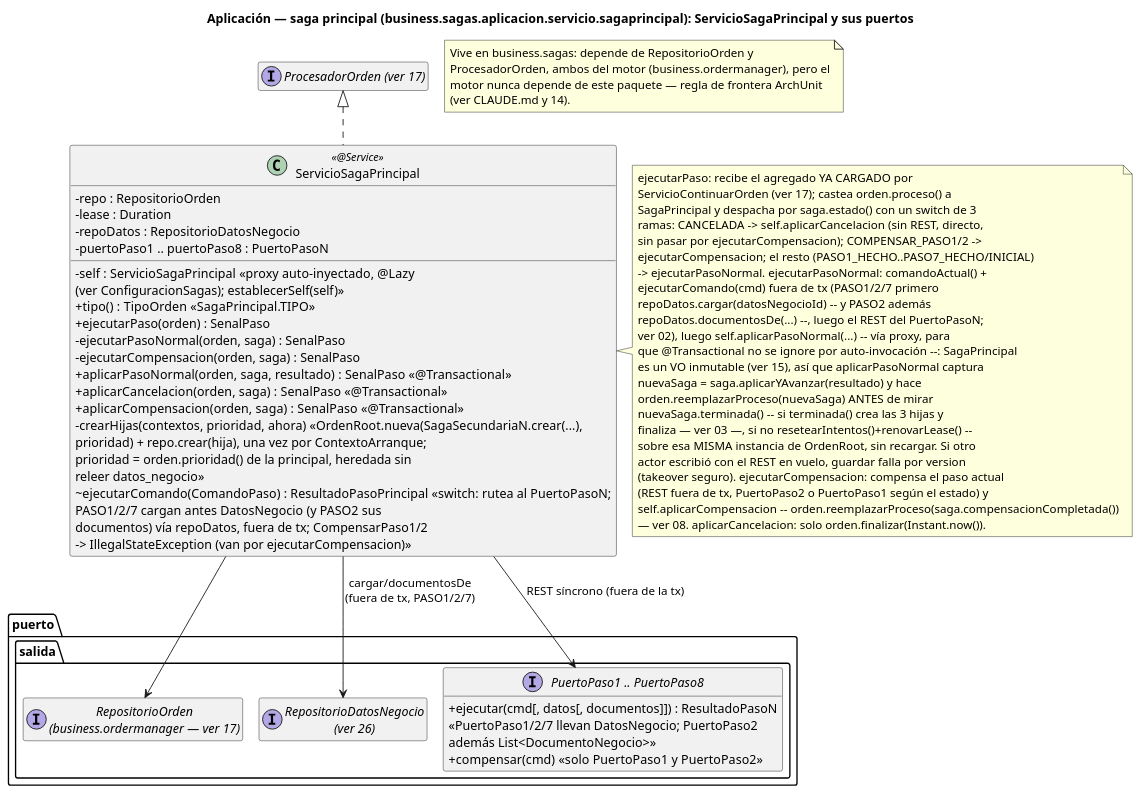
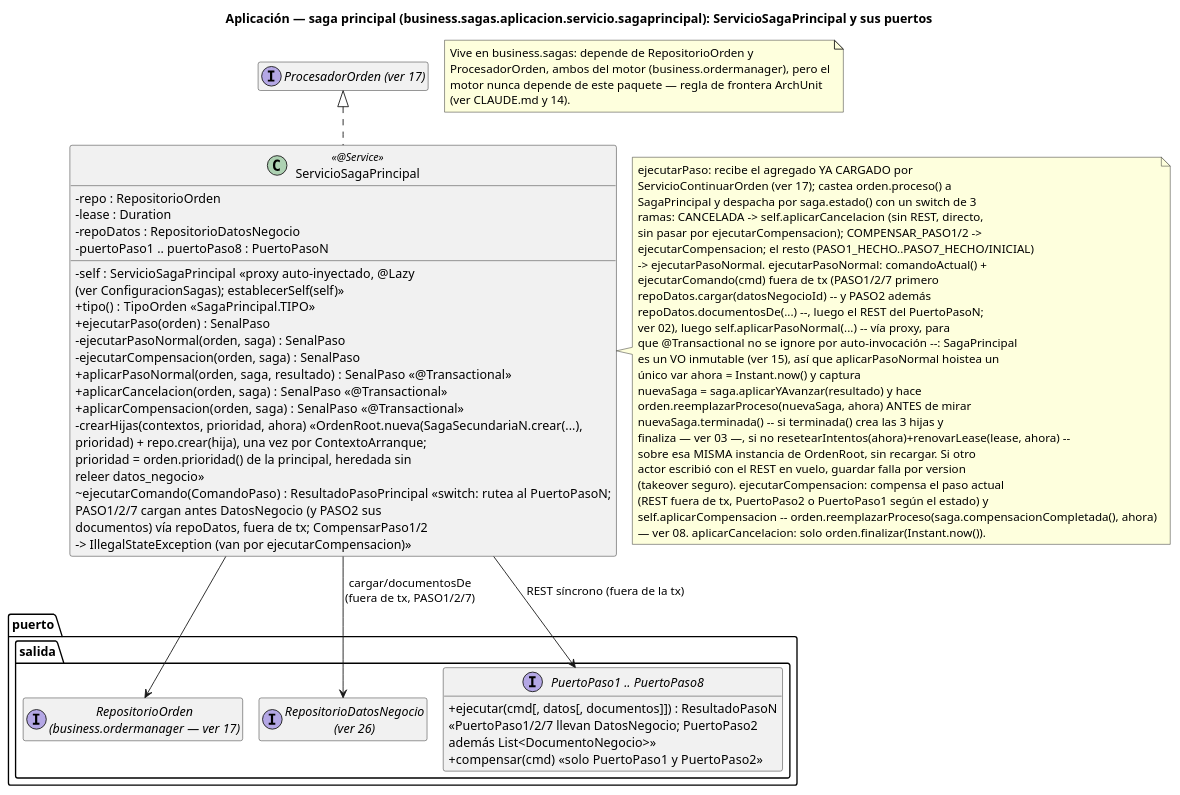
The diagram in order-manager/docs/18-clases-aplicacion-saga-principal.puml (ralcazar/patrones), drawn with PlantUML before and after one commit. The commit also changed 56 other files, not shown here.

```diff
--- a/order-manager/docs/18-clases-aplicacion-saga-principal.puml
+++ b/order-manager/docs/18-clases-aplicacion-saga-principal.puml
@@ -1,71 +1,72 @@
 @startuml 18-clases-aplicacion-saga-principal
 title Aplicación — saga principal (business.sagas.aplicacion.servicio.sagaprincipal): ServicioSagaPrincipal y sus puertos
 !pragma layout smetana
 hide empty members
 skinparam classAttributeIconSize 0
 
 interface "ProcesadorOrden (ver 17)" as Base
 
 class ServicioSagaPrincipal <<@Service>> {
   -repo : RepositorioOrden
   -lease : Duration
   -repoDatos : RepositorioDatosNegocio
   -puertoPaso1 .. puertoPaso8 : PuertoPasoN
   -self : ServicioSagaPrincipal  «proxy auto-inyectado, @Lazy\n(ver ConfiguracionSagas); establecerSelf(self)»
   +tipo() : TipoOrden  «SagaPrincipal.TIPO»
   +ejecutarPaso(orden) : SenalPaso
   -ejecutarPasoNormal(orden, saga) : SenalPaso
   -ejecutarCompensacion(orden, saga) : SenalPaso
   +aplicarPasoNormal(orden, saga, resultado) : SenalPaso  «@Transactional»
   +aplicarCancelacion(orden, saga) : SenalPaso  «@Transactional»
   +aplicarCompensacion(orden, saga) : SenalPaso  «@Transactional»
   -crearHijas(contextos, prioridad, ahora)  «OrdenRoot.nueva(SagaSecundariaN.crear(...),\nprioridad) + repo.crear(hija), una vez por ContextoArranque;\nprioridad = orden.prioridad() de la principal, heredada sin\nreleer datos_negocio»
   ~ejecutarComando(ComandoPaso) : ResultadoPasoPrincipal  «switch: rutea al PuertoPasoN;\nPASO1/2/7 cargan antes DatosNegocio (y PASO2 sus\ndocumentos) vía repoDatos, fuera de tx; CompensarPaso1/2\n-> IllegalStateException (van por ejecutarCompensacion)»
 }
 note right of ServicioSagaPrincipal
   ejecutarPaso: recibe el agregado YA CARGADO por
   ServicioContinuarOrden (ver 17); castea orden.proceso() a
   SagaPrincipal y despacha por saga.estado() con un switch de 3
   ramas: CANCELADA -> self.aplicarCancelacion (sin REST, directo,
   sin pasar por ejecutarCompensacion); COMPENSAR_PASO1/2 ->
   ejecutarCompensacion; el resto (PASO1_HECHO..PASO7_HECHO/INICIAL)
   -> ejecutarPasoNormal. ejecutarPasoNormal: comandoActual() +
   ejecutarComando(cmd) fuera de tx (PASO1/2/7 primero
   repoDatos.cargar(datosNegocioId) -- y PASO2 además
   repoDatos.documentosDe(...) --, luego el REST del PuertoPasoN;
   ver 02), luego self.aplicarPasoNormal(...) -- vía proxy, para
   que @Transactional no se ignore por auto-invocación --: SagaPrincipal
-  es un VO inmutable (ver 15), así que aplicarPasoNormal captura
+  es un VO inmutable (ver 15), así que aplicarPasoNormal hoistea un
+  único var ahora = Instant.now() y captura
   nuevaSaga = saga.aplicarYAvanzar(resultado) y hace
-  orden.reemplazarProceso(nuevaSaga) ANTES de mirar
+  orden.reemplazarProceso(nuevaSaga, ahora) ANTES de mirar
   nuevaSaga.terminada() -- si terminada() crea las 3 hijas y
-  finaliza — ver 03 —, si no resetearIntentos()+renovarLease() --
+  finaliza — ver 03 —, si no resetearIntentos(ahora)+renovarLease(lease, ahora) --
   sobre esa MISMA instancia de OrdenRoot, sin recargar. Si otro
   actor escribió con el REST en vuelo, guardar falla por version
   (takeover seguro). ejecutarCompensacion: compensa el paso actual
   (REST fuera de tx, PuertoPaso2 o PuertoPaso1 según el estado) y
-  self.aplicarCompensacion -- orden.reemplazarProceso(saga.compensacionCompletada())
+  self.aplicarCompensacion -- orden.reemplazarProceso(saga.compensacionCompletada(), ahora)
   — ver 08. aplicarCancelacion: solo orden.finalizar(Instant.now()).
 end note
 
 package "puerto.salida" {
   interface "RepositorioOrden\n(business.ordermanager — ver 17)" as RepositorioOrden
   interface "RepositorioDatosNegocio\n(ver 26)" as RepositorioDatosNegocio
   interface "PuertoPaso1 .. PuertoPaso8" as PuertosPaso {
     +ejecutar(cmd[, datos[, documentos]]) : ResultadoPasoN\n«PuertoPaso1/2/7 llevan DatosNegocio; PuertoPaso2\nademás List<DocumentoNegocio>»
     +compensar(cmd)  «solo PuertoPaso1 y PuertoPaso2»
   }
 }
 
 Base <|.. ServicioSagaPrincipal
 ServicioSagaPrincipal --> RepositorioOrden
 ServicioSagaPrincipal --> RepositorioDatosNegocio : cargar/documentosDe\n(fuera de tx, PASO1/2/7)
 ServicioSagaPrincipal --> PuertosPaso : REST síncrono (fuera de la tx)
 
 note as NPaquete
   Vive en business.sagas: depende de RepositorioOrden y
   ProcesadorOrden, ambos del motor (business.ordermanager), pero el
   motor nunca depende de este paquete — regla de frontera ArchUnit
   (ver CLAUDE.md y 14).
 end note
 @enduml
```
